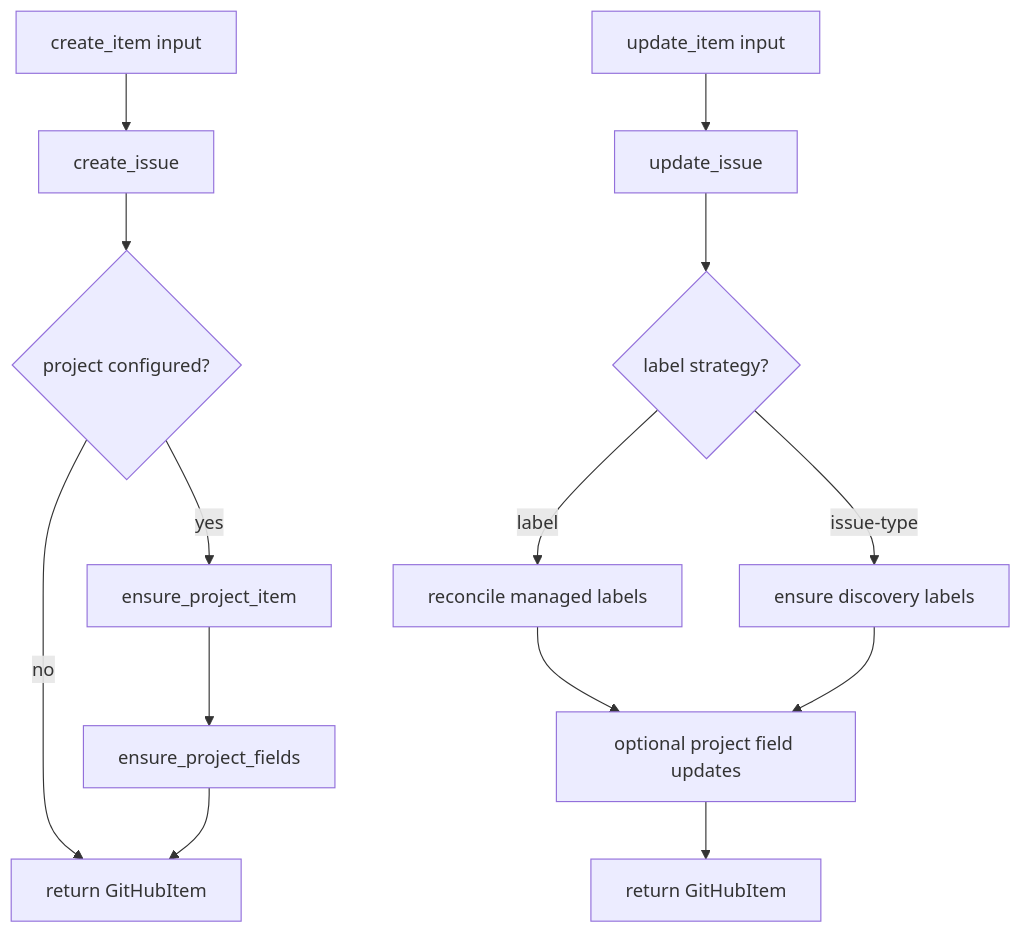
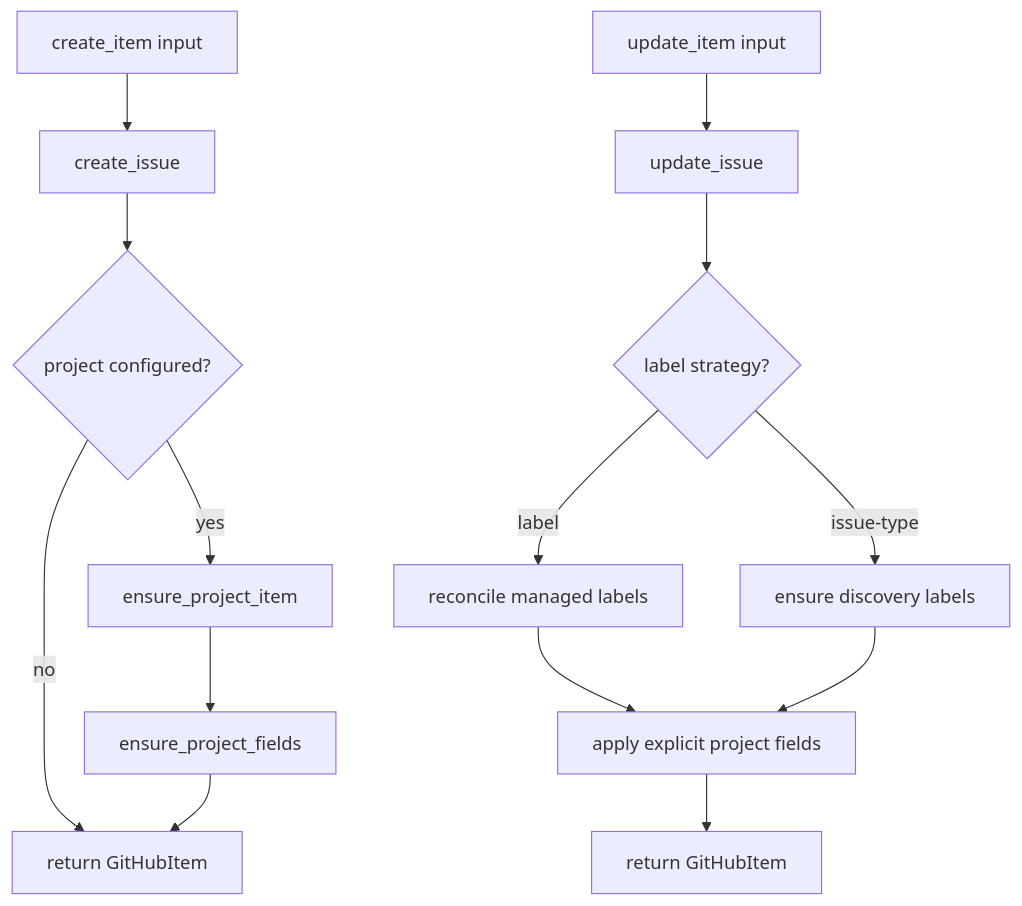
Before and after one commit to aryeko/gh-project-plan-sync: the second of 2 diagrams in docs/modules/github-provider.md, drawn with Mermaid. The commit also changed other lines of this file and 18 other files, not shown here.

Commit message:
fix: reconcile per-item project fields

````diff
--- a/docs/modules/github-provider.md
+++ b/docs/modules/github-provider.md
@@ -69,17 +70,17 @@
 ```mermaid
 flowchart TD
     A[create_item input] --> B[create_issue]
     B --> C{project configured?}
     C -- yes --> D[ensure_project_item]
     D --> E[ensure_project_fields]
     C -- no --> F[return GitHubItem]
     E --> F
 
     G[update_item input] --> H[update_issue]
     H --> I{label strategy?}
     I -- label --> J[reconcile managed labels]
     I -- issue-type --> K[ensure discovery labels]
-    J --> L[optional project field updates]
+    J --> L[apply explicit project fields]
     K --> L
     L --> M[return GitHubItem]
 ```
````
